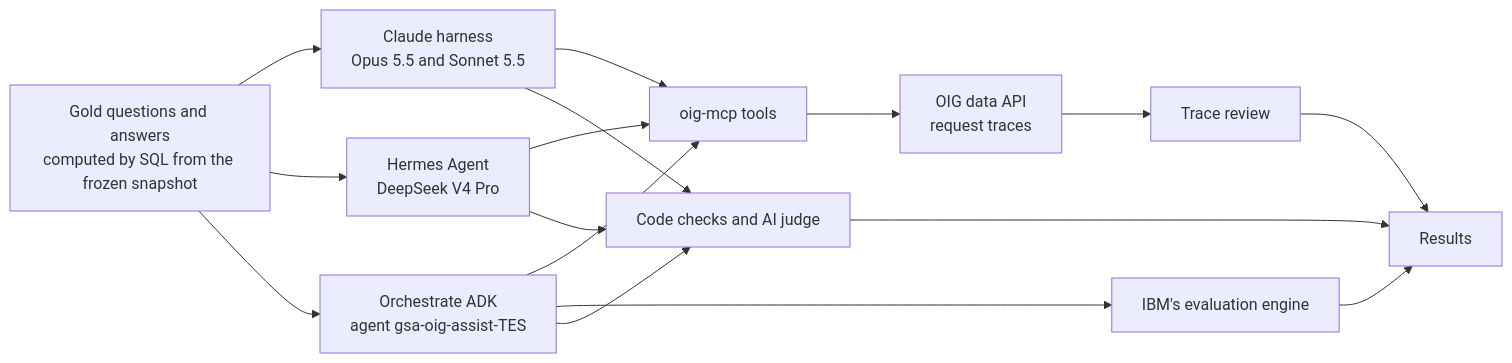
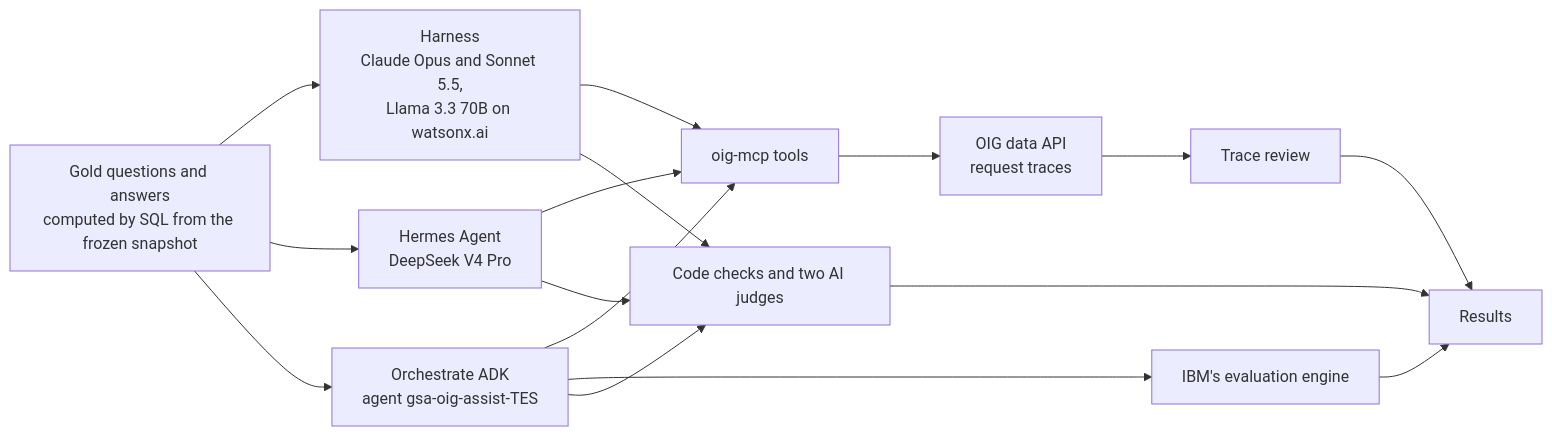
Before and after one commit to HacksterT/oig-mcp: the diagram in docs/testing-architecture.md, drawn with Mermaid. The commit also changed other lines of this file and 41 other files, not shown here.

````diff
--- a/docs/testing-architecture.md
+++ b/docs/testing-architecture.md
@@ -75,18 +80,18 @@
 ```mermaid
 flowchart LR
-    G["Gold questions and answers<br/>computed by SQL from the frozen snapshot"] --> H["Claude harness<br/>Opus 5.5 and Sonnet 5.5"]
+    G["Gold questions and answers<br/>computed by SQL from the frozen snapshot"] --> H["Harness<br/>Claude Opus and Sonnet 5.5,<br/>Llama 3.3 70B on watsonx.ai"]
     G --> X["Hermes Agent<br/>DeepSeek V4 Pro"]
     G --> O["Orchestrate ADK<br/>agent gsa-oig-assist-TES"]
     H --> S["oig-mcp tools"]
     X --> S
     O --> S
     S --> A["OIG data API<br/>request traces"]
-    H --> R1["Code checks and AI judge"]
+    H --> R1["Code checks and two AI judges"]
     X --> R1
     O --> R2["IBM's evaluation engine"]
     O --> R1
     A --> R3["Trace review"]
     R1 --> F["Results"]
     R2 --> F
     R3 --> F
 ```
````
